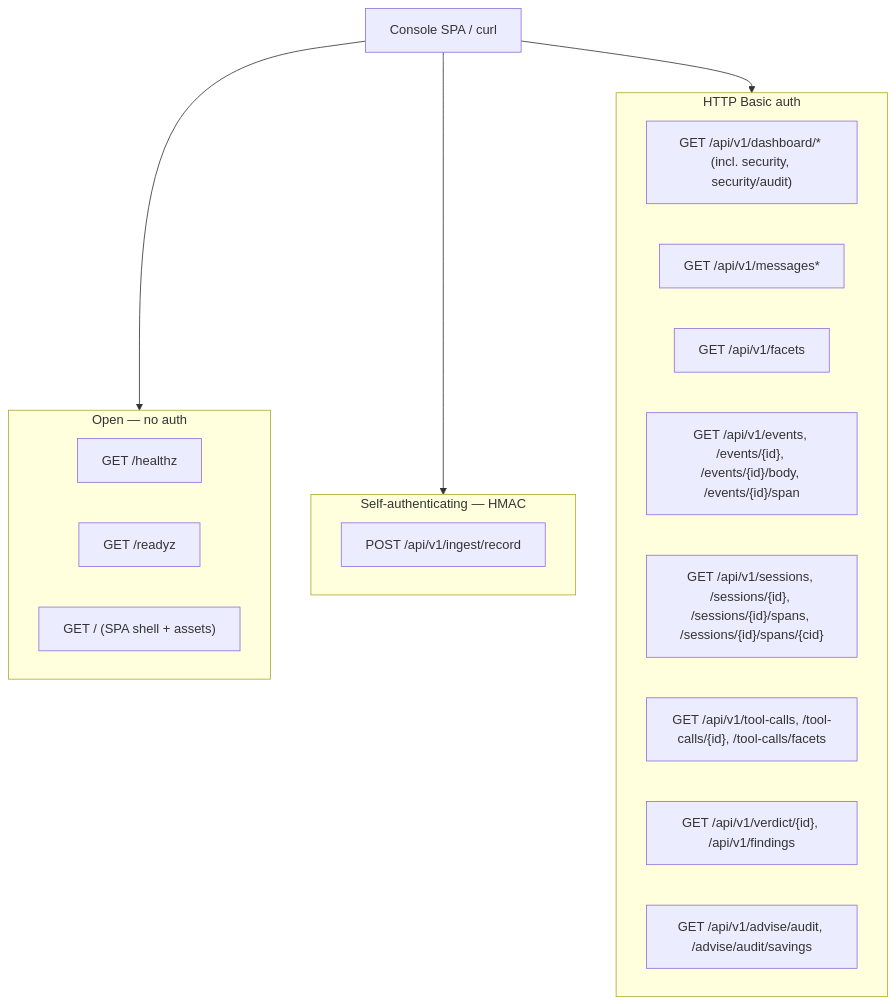
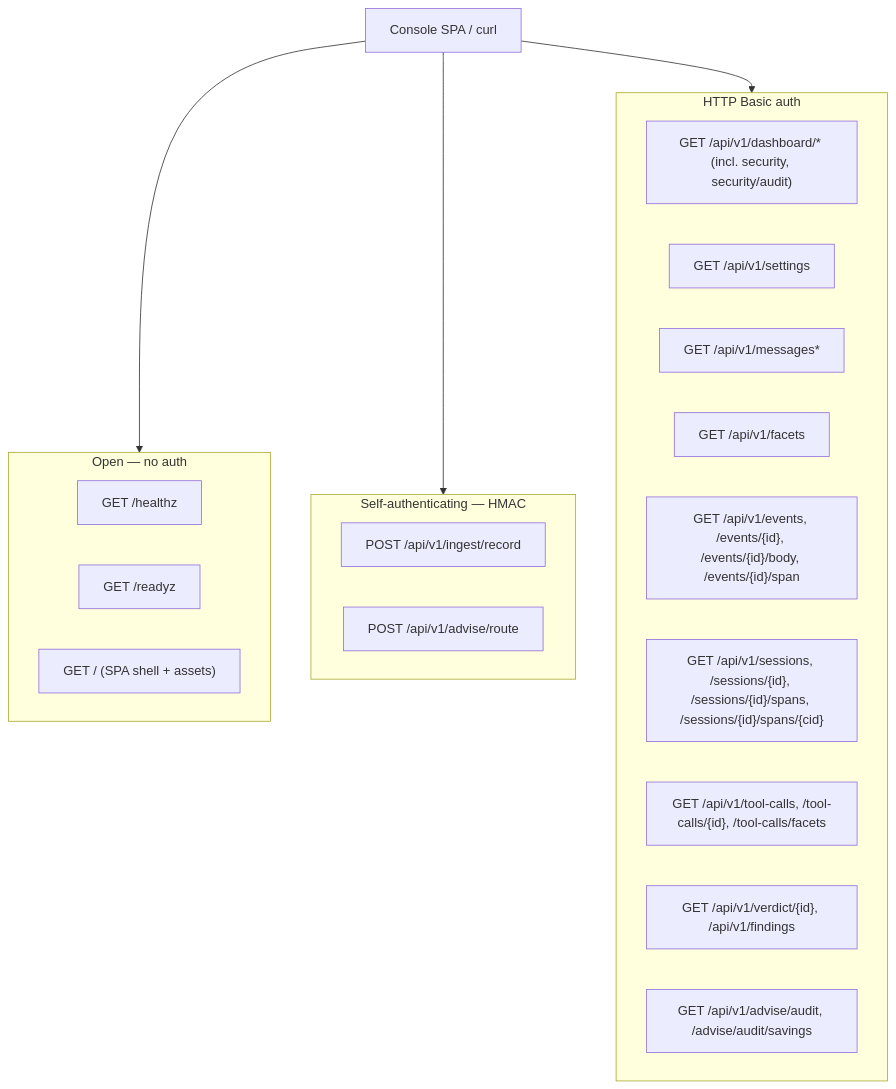
One commit to andyjmorgan/slipspace-gateway changed the diagram in docs/arbiter-api.md. Above: the diagram before and after it, drawn with Mermaid. The commit also changed other lines of this file and 13 other files, not shown here.

````diff
--- a/docs/arbiter-api.md
+++ b/docs/arbiter-api.md
@@ -23,25 +23,27 @@
 ```mermaid
 flowchart TD
   client[Console SPA / curl]
   subgraph open[Open — no auth]
     health["GET /healthz"]
     ready["GET /readyz"]
     spa["GET / (SPA shell + assets)"]
   end
   subgraph hmac[Self-authenticating — HMAC]
     ingest["POST /api/v1/ingest/record"]
+    advise["POST /api/v1/advise/route"]
   end
   subgraph gated[HTTP Basic auth]
     dash["GET /api/v1/dashboard/* (incl. security, security/audit)"]
+    settings["GET /api/v1/settings"]
     msgs["GET /api/v1/messages*"]
     facets["GET /api/v1/facets"]
     events["GET /api/v1/events, /events/{id}, /events/{id}/body, /events/{id}/span"]
     sessions["GET /api/v1/sessions, /sessions/{id}, /sessions/{id}/spans, /sessions/{id}/spans/{cid}"]
     toolcalls["GET /api/v1/tool-calls, /tool-calls/{id}, /tool-calls/facets"]
     security["GET /api/v1/verdict/{id}, /api/v1/findings"]
     adviseaudit["GET /api/v1/advise/audit, /advise/audit/savings"]
   end
   client --> open
   client --> hmac
   client --> gated
 ```
````
